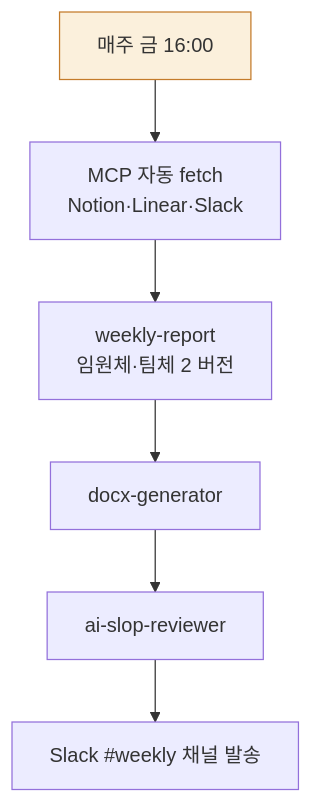
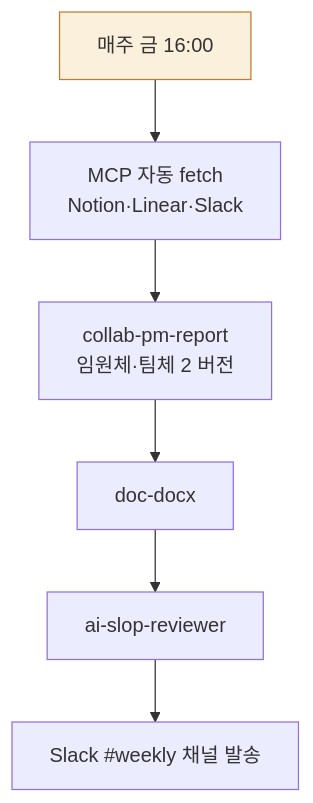
The second of 2 diagrams in www/content/cookbook/tracks/track-operations.md (modu-ai/cowork-plugins), drawn with Mermaid before and after one commit. The commit also changed other lines of this file and 45 other files, not shown here.

First line of the commit message:
docs(www): 스킬명 정합 + 깨진 링크 수정 + mermaid 보강

````diff
--- a/www/content/cookbook/tracks/track-operations.md
+++ b/www/content/cookbook/tracks/track-operations.md
@@ -69,9 +69,9 @@
 ```mermaid
 flowchart TD
    Cron["매주 금 16:00"] --> Fetch["MCP 자동 fetch<br/>Notion·Linear·Slack"]
-   Fetch --> Gen["weekly-report<br/>임원체·팀체 2 버전"]
-   Gen --> S1["docx-generator"]
+   Fetch --> Gen["collab-pm-report<br/>임원체·팀체 2 버전"]
+   Gen --> S1["doc-docx"]
    S1 --> S2["ai-slop-reviewer"]
    S2 --> Send["Slack #weekly 채널 발송"]
    style Cron fill:#fbf0dc,stroke:#c47b2a
 ```
````
